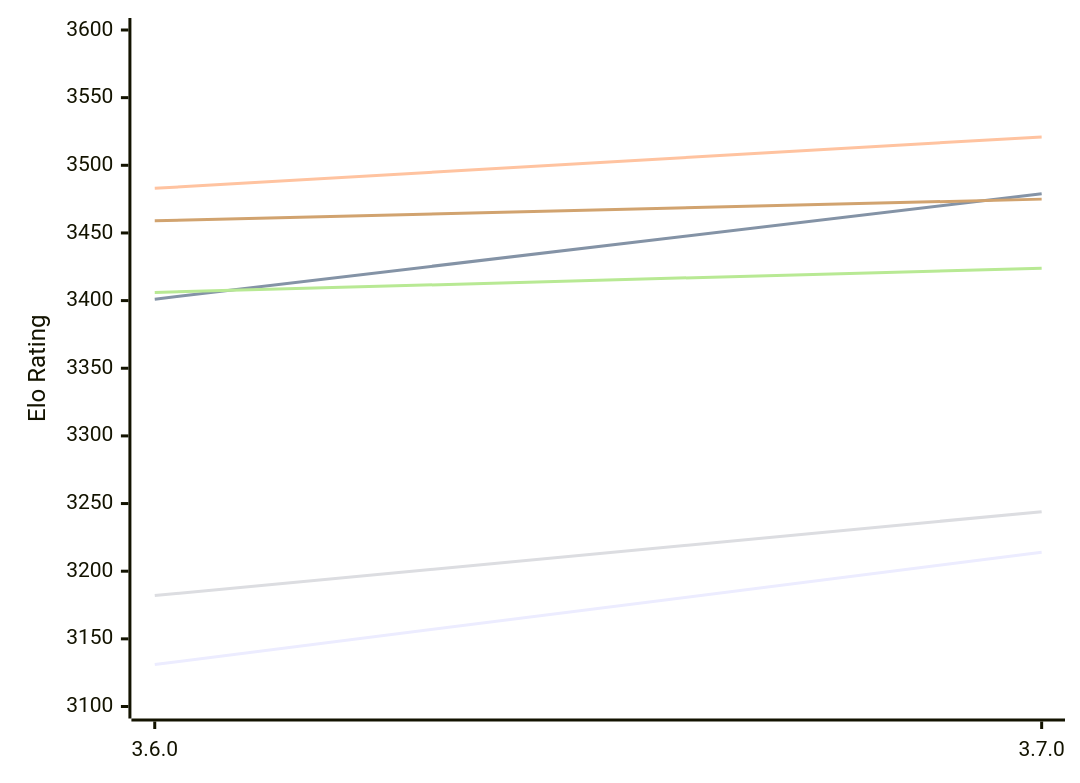
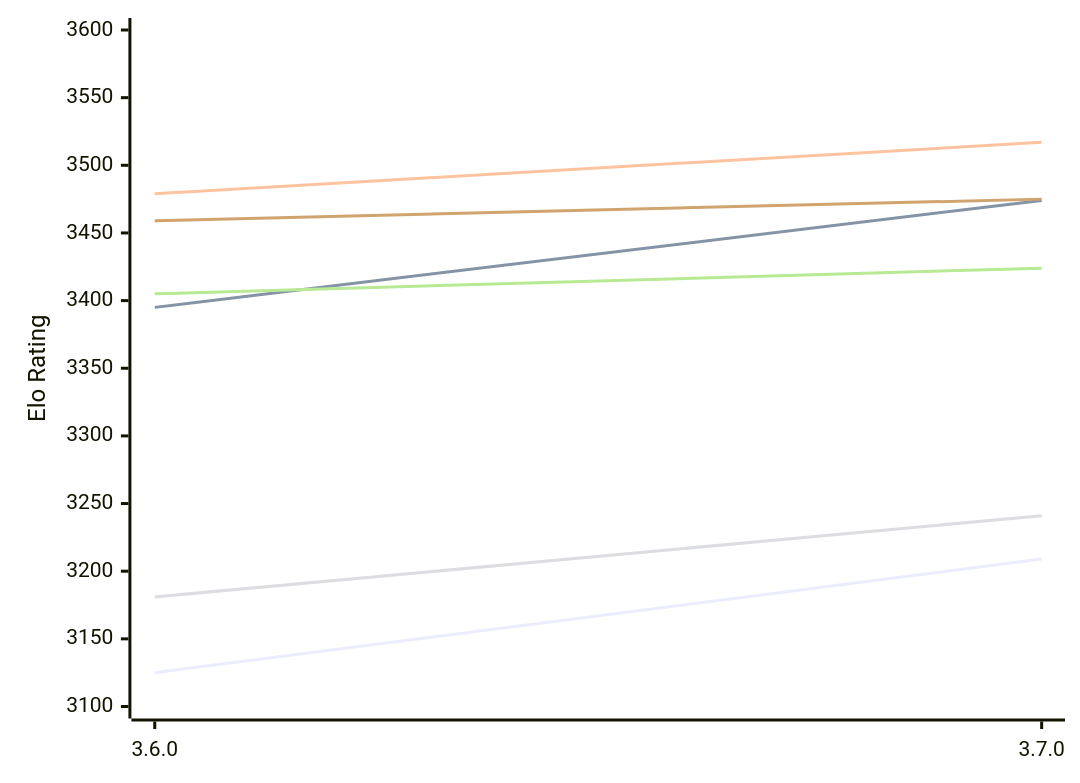
Before and after one commit to computer-chess-index/cci: the diagram in engines/Simplechess.md, drawn with Mermaid. The commit also changed other lines of this file, not shown here.

Commit message:
Update CCI Ratings (ELO VLTC) - 2026-11-26

````diff
--- a/engines/Simplechess.md
+++ b/engines/Simplechess.md
@@ -49,12 +49,12 @@
 ```mermaid
 %%{init: {"theme":"base","themeVariables":{"seriesColors:['#a3a3a3','#222221','#faa371']}}}%%
 xychart-beta
   x-axis ["3.6.0", "3.7.0"]
   y-axis "Elo Rating" 3100 --> 3600
-  line "E1: STC (8.0+0.08s)" [3131, 3214]
-  line "E1: LTC (60.0+0.60s)" [3401, 3479]
-  line "E1: VLTC (2m24s+1.12s)" [3483, 3521]
-  line "P1: STC (8.0+0.08s)" [3182, 3244]
-  line "P1: LTC (60.0+0.60s)" [3406, 3424]
+  line "E1: STC (8.0+0.08s)" [3125, 3209]
+  line "E1: LTC (60.0+0.60s)" [3395, 3474]
+  line "E1: VLTC (2m24s+1.12s)" [3479, 3517]
+  line "P1: STC (8.0+0.08s)" [3181, 3241]
+  line "P1: LTC (60.0+0.60s)" [3405, 3424]
   line "P1: VLTC (2m24s+1.12s)" [3459, 3475]
 ```
````
